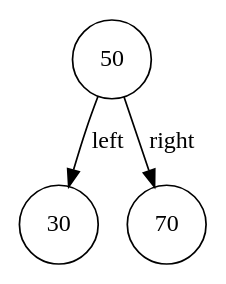
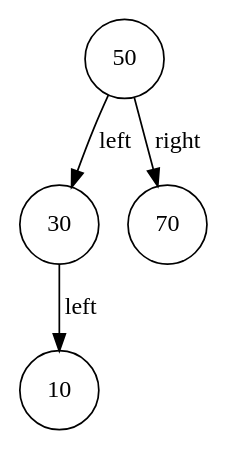
Before and after one commit to fl4cko11/Huawei_MIPT: the diagram in tree/bst/bst_visual_log/bst_2.dot, drawn with Graphviz. The commit also changed 17 other files, not shown here.

```diff
--- a/tree/bst/bst_visual_log/bst_2.dot
+++ b/tree/bst/bst_visual_log/bst_2.dot
@@ -1,5 +1,6 @@
 digraph BST {
     node [shape=circle];
     50 -> 30 [label="left"];
     50 -> 70 [label="right"];
+    30 -> 10 [label="left"];
 }
```
